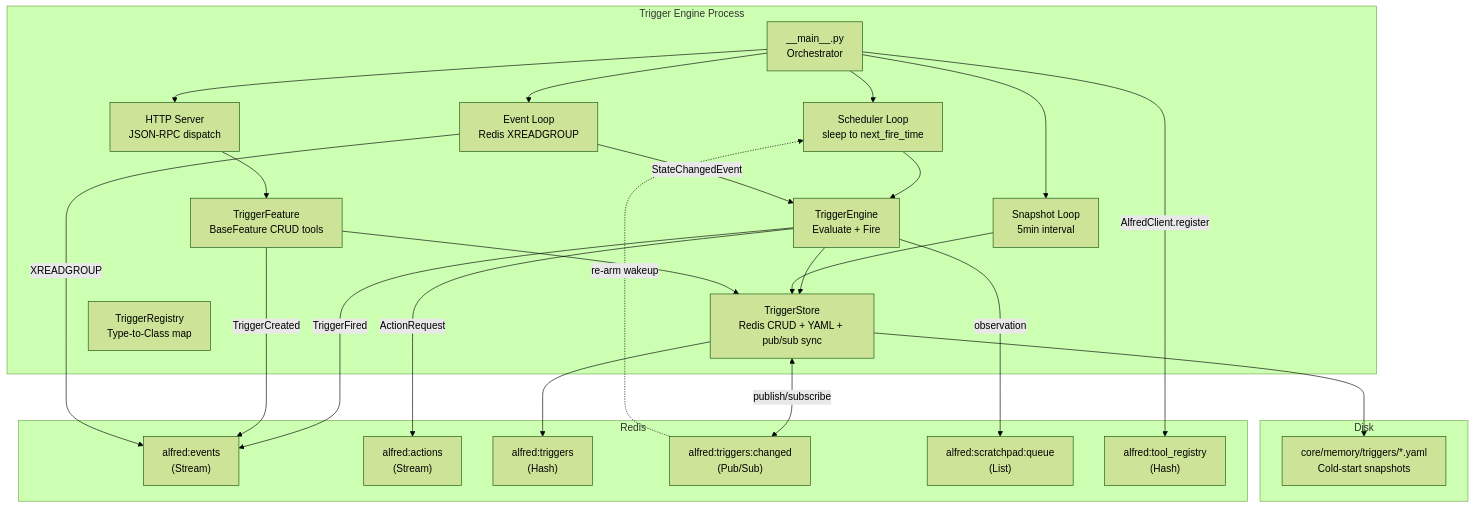
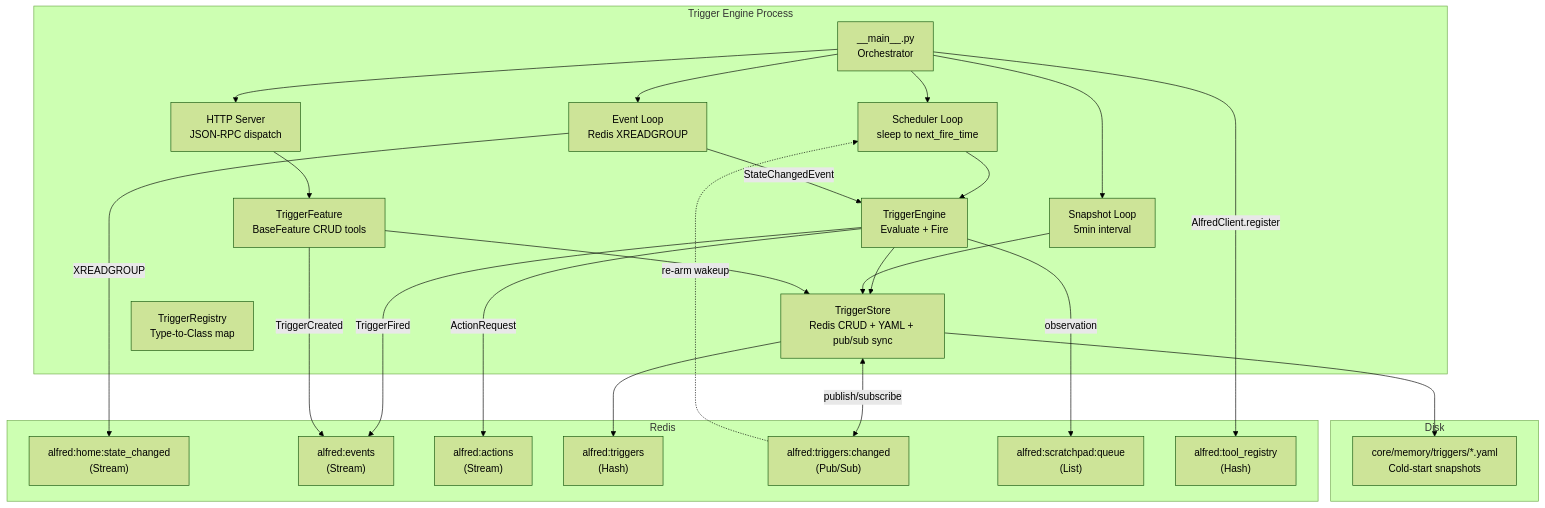
The first of 5 diagrams in docs/trigger-engine.md (anirudhlath/alfred), drawn with Mermaid (forest theme) before and after one commit. The commit also changed other lines of this file and 13 other files, not shown here.

First line of the commit message:
refactor: architect review fixes — sync op constants, domain-owned tz persistence, doc corrections

````diff
--- a/docs/trigger-engine.md
+++ b/docs/trigger-engine.md
@@ -21,53 +21,54 @@
 ```mermaid
 graph TB
     subgraph "Trigger Engine Process"
         Main["__main__.py<br/>Orchestrator"]
         Sched["Scheduler Loop<br/>sleep to next_fire_time"]
         EventLoop["Event Loop<br/>Redis XREADGROUP"]
         SnapLoop["Snapshot Loop<br/>5min interval"]
         Engine["TriggerEngine<br/>Evaluate + Fire"]
         Store["TriggerStore<br/>Redis CRUD + YAML + pub/sub sync"]
         Feature["TriggerFeature<br/>BaseFeature CRUD tools"]
         Server["HTTP Server<br/>JSON-RPC dispatch"]
         Registry["TriggerRegistry<br/>Type-to-Class map"]
     end
 
     subgraph "Redis"
+        HomeState["alfred:home:state_changed<br/>(Stream)"]
         Events["alfred:events<br/>(Stream)"]
         Actions["alfred:actions<br/>(Stream)"]
         Triggers["alfred:triggers<br/>(Hash)"]
         Channel["alfred:triggers:changed<br/>(Pub/Sub)"]
         Scratchpad["alfred:scratchpad:queue<br/>(List)"]
         ToolReg["alfred:tool_registry<br/>(Hash)"]
     end
 
     subgraph "Disk"
         YAML["core/memory/triggers/*.yaml<br/>Cold-start snapshots"]
     end
 
     Main --> Sched
     Main --> EventLoop
     Main --> SnapLoop
     Main --> Server
 
     Sched --> Engine
     EventLoop -->|StateChangedEvent| Engine
     Engine --> Store
     Engine -->|ActionRequest| Actions
     Engine -->|TriggerFired| Events
     Engine -->|observation| Scratchpad
 
     Store --> Triggers
     Store --> YAML
     Store <-->|publish/subscribe| Channel
     Channel -.->|re-arm wakeup| Sched
     SnapLoop --> Store
 
     Feature --> Store
     Feature -->|TriggerCreated| Events
     Server --> Feature
 
     Main -->|AlfredClient.register| ToolReg
 
-    EventLoop -->|XREADGROUP| Events
+    EventLoop -->|XREADGROUP| HomeState
 ```
````
